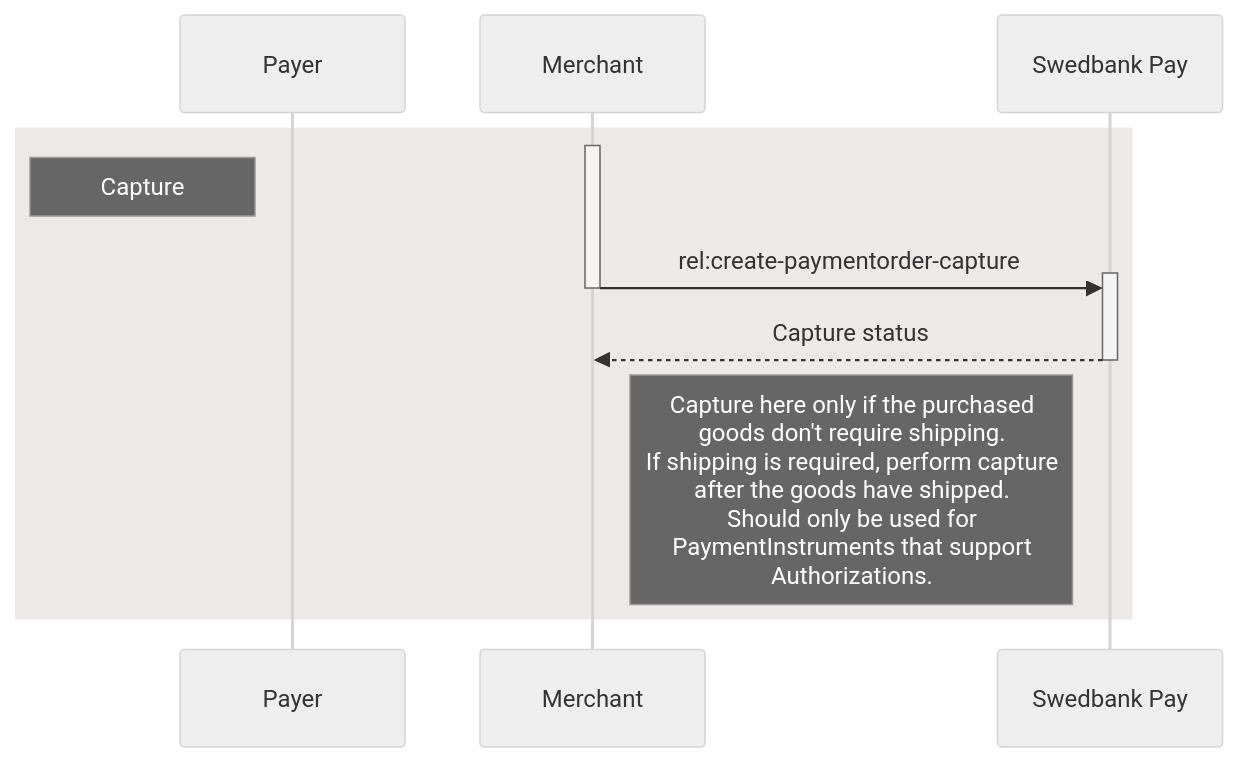
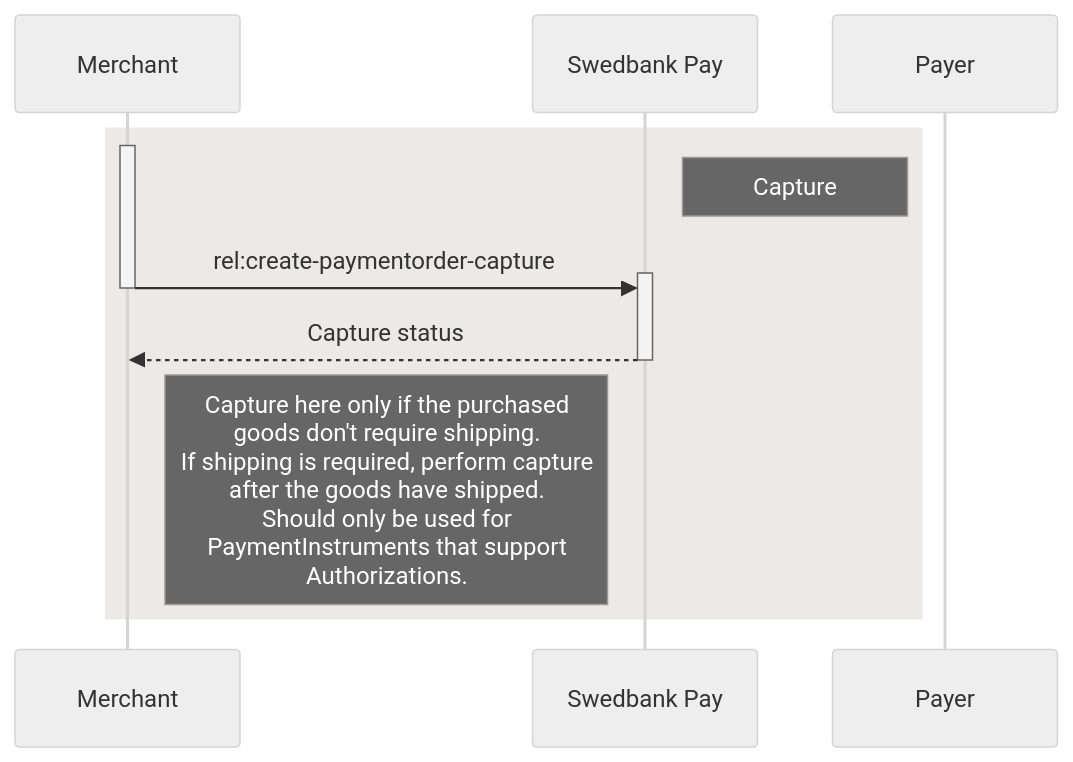
The diagram in _includes/payment-order-capture.md (SwedbankPay/developer.swedbankpay.com), drawn with Mermaid (neutral theme) before and after one commit. The commit also changed 1 other file, not shown here.

Commit message:
Update capture sequence diagrams to not have the unused payer participant

````diff
--- a/_includes/payment-order-capture.md
+++ b/_includes/payment-order-capture.md
@@ -16,15 +16,14 @@
 ```mermaid
 sequenceDiagram
-    participant Payer
     participant Merchant
     participant SwedbankPay as Swedbank Pay
 
     rect rgba(81,43,43,0.1)
         activate Merchant
         note left of Payer: Capture
         Merchant ->>+ SwedbankPay: rel:create-paymentorder-capture
         deactivate Merchant
         SwedbankPay -->>- Merchant: Capture status
         note right of Merchant: Capture here only if the purchased<br/>goods don't require shipping.<br/>If shipping is required, perform capture<br/>after the goods have shipped.<br>Should only be used for <br>PaymentInstruments that support <br>Authorizations.
         end
 ```
````
